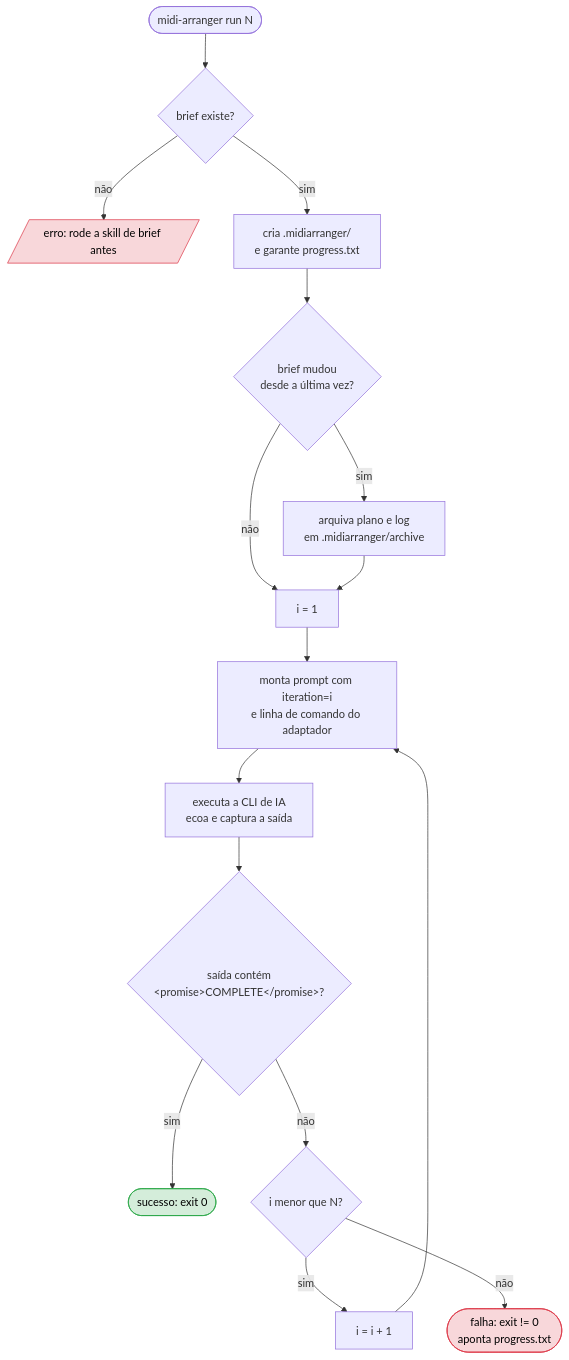
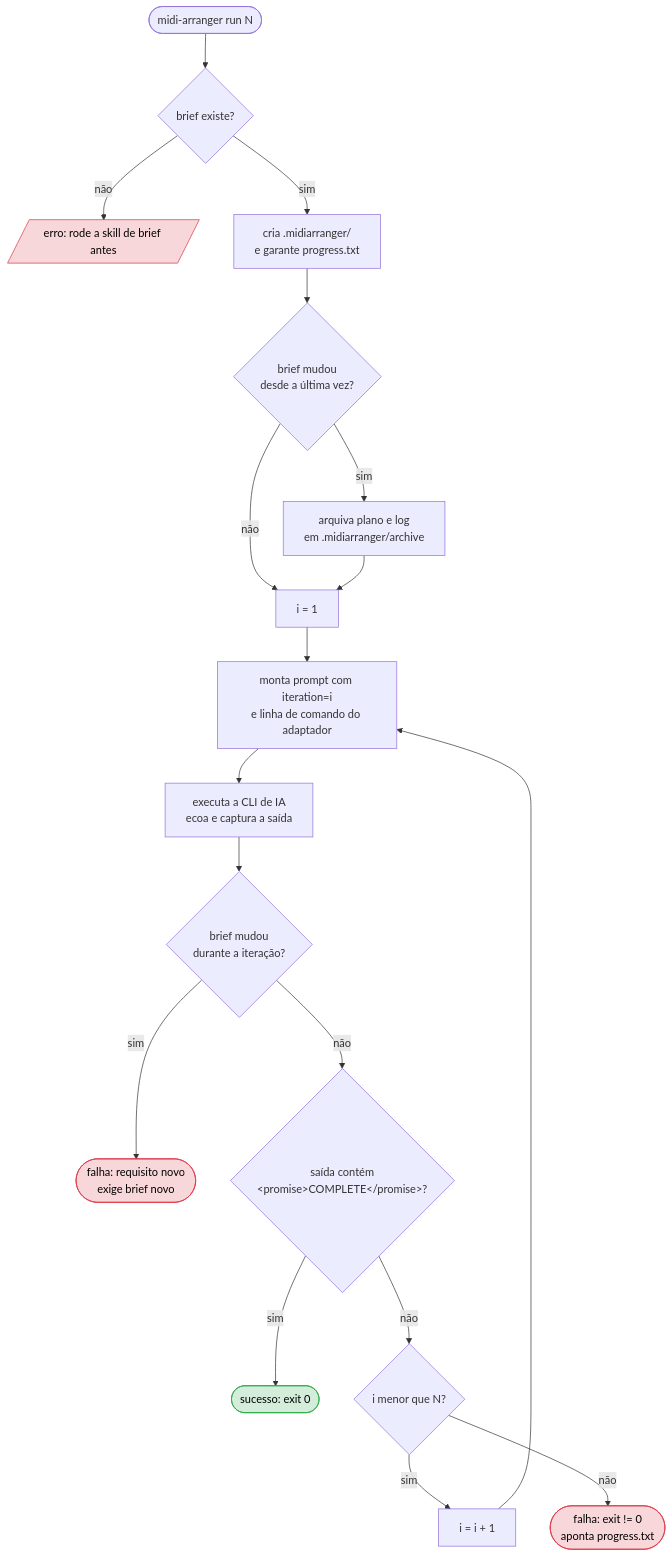
One commit to OvictorVieira/midi.arranger.cli changed the second of 5 diagrams in docs/fluxo-harness.md. Above: the diagram before and after it, drawn with Mermaid. The commit also changed other lines of this file and 11 other files, not shown here.

Commit message:
feat: protege brief durante run

````diff
--- a/docs/fluxo-harness.md
+++ b/docs/fluxo-harness.md
@@ -42,22 +42,25 @@
 ```mermaid
 flowchart TD
     Start([midi-arranger run N]) --> Check{brief existe?}
     Check -->|não| Die[/erro: rode a skill de brief antes/]
     Check -->|sim| State[cria .midiarranger/<br/>e garante progress.txt]
     State --> Arch{brief mudou<br/>desde a última vez?}
     Arch -->|sim| Archive[arquiva plano e log<br/>em .midiarranger/archive]
     Arch -->|não| Loop
     Archive --> Loop
 
     Loop[i = 1] --> Invoke[monta prompt com iteration=i<br/>e linha de comando do adaptador]
     Invoke --> Run[executa a CLI de IA<br/>ecoa e captura a saída]
-    Run --> Sentinel{saída contém<br/>&lt;promise&gt;COMPLETE&lt;/promise&gt;?}
+    Run --> RO{brief mudou<br/>durante a iteração?}
+    RO -->|sim| BriefFail([falha: requisito novo<br/>exige brief novo])
+    RO -->|não| Sentinel{saída contém<br/>&lt;promise&gt;COMPLETE&lt;/promise&gt;?}
     Sentinel -->|sim| Done([sucesso: exit 0])
     Sentinel -->|não| Next{i menor que N?}
     Next -->|sim| Inc[i = i + 1] --> Invoke
     Next -->|não| Fail([falha: exit != 0<br/>aponta progress.txt])
 
     style Done fill:#d4edda,stroke:#28a745,color:#000
     style Fail fill:#f8d7da,stroke:#dc3545,color:#000
+    style BriefFail fill:#f8d7da,stroke:#dc3545,color:#000
     style Die fill:#f8d7da,stroke:#dc3545,color:#000
 ```
````
